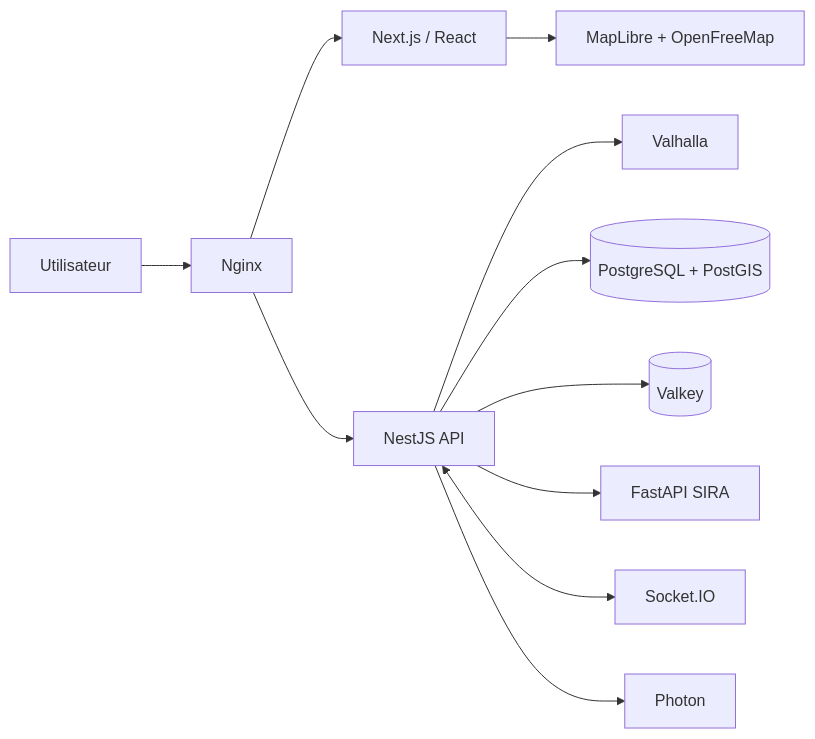
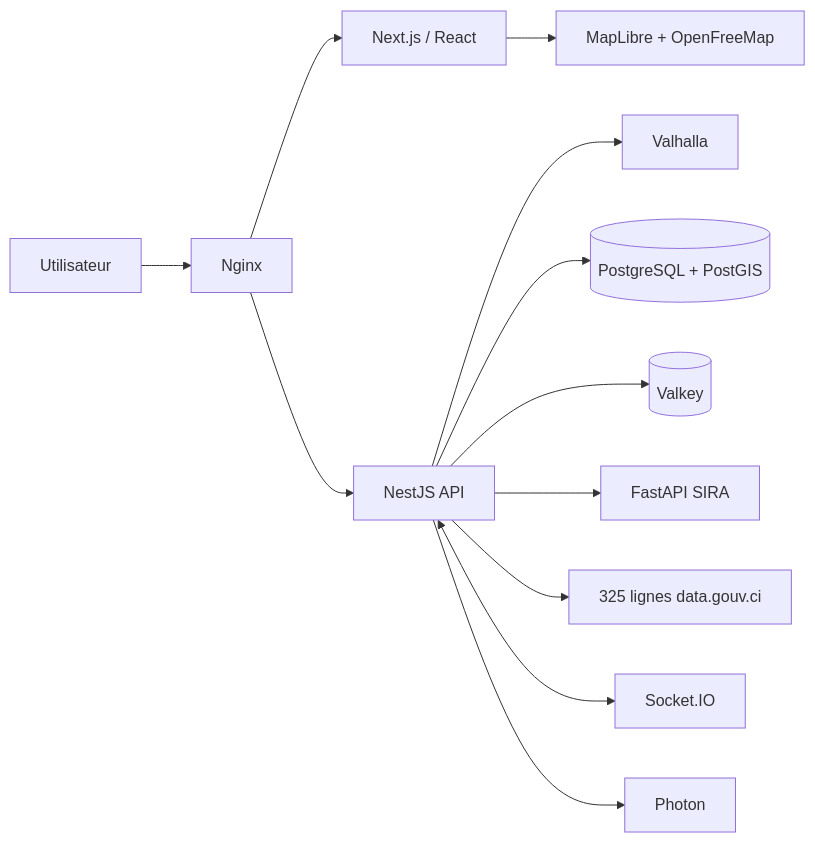
Before and after one commit to Guy277/SIRA_MVP: the diagram in README.md, drawn with Mermaid. The commit also changed other lines of this file and 13 other files, not shown here.

````diff
--- a/README.md
+++ b/README.md
@@ -25,13 +27,14 @@
 ```mermaid
 flowchart LR
   U[Utilisateur] --> N[Nginx]
   N --> W[Next.js / React]
   N --> A[NestJS API]
   A --> V[Valhalla]
   A --> P[(PostgreSQL + PostGIS)]
   A --> C[(Valkey)]
   A --> I[FastAPI SIRA]
+  A --> D[325 lignes data.gouv.ci]
   A <--> S[Socket.IO]
   W --> M[MapLibre + OpenFreeMap]
   A --> H[Photon]
 ```
````
